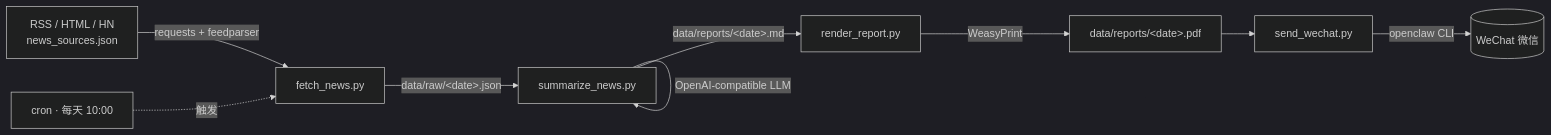
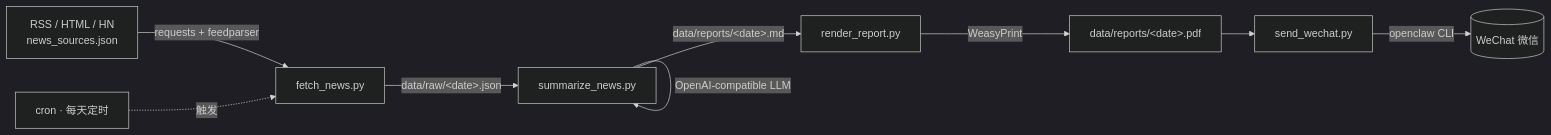
Before and after one commit to WangZetian-IVERSON/Everyday-AInews-in-Openclaw: the first of 4 diagrams in README.md, drawn with Mermaid (dark theme). The commit also changed other lines of this file, not shown here.

````diff
--- a/README.md
+++ b/README.md
@@ -47,11 +42,11 @@
 ```mermaid
 flowchart LR
     A["RSS / HTML / HN<br/>news_sources.json"] -->|requests + feedparser| B[fetch_news.py]
     B -->|data/raw/&lt;date&gt;.json| C[summarize_news.py]
     C -->|OpenAI-compatible LLM| C
     C -->|data/reports/&lt;date&gt;.md| D[render_report.py]
     D -->|WeasyPrint| E["data/reports/&lt;date&gt;.pdf"]
     E --> F[send_wechat.py]
     F -->|openclaw CLI| G[(WeChat 微信)]
-    H[cron · 每天 10:00] -.触发.-> B
+    H[cron · 每天定时] -.触发.-> B
 ```
````
